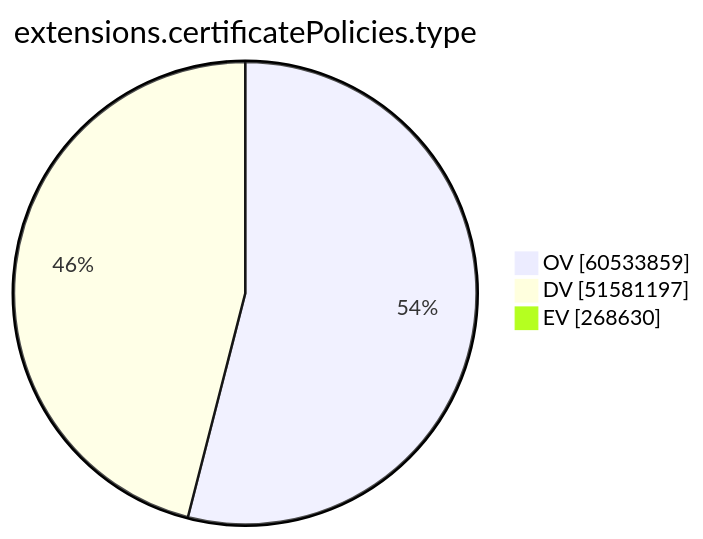
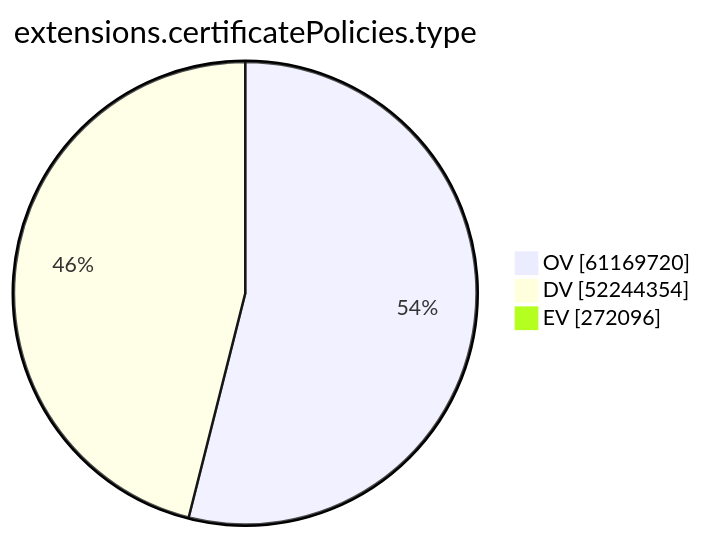
One commit to christiankrug/ctmonitor_visualization changed the ninth of 15 diagrams in xenon2023/README.md. Above: the diagram before and after it, drawn with Mermaid. The commit also changed other lines of this file, not shown here.

````diff
--- a/xenon2023/README.md
+++ b/xenon2023/README.md
@@ -2143,7 +2151,7 @@
 ```mermaid
 pie showData
 title extensions.certificatePolicies.type
-"OV" :60533859
-"DV" :51581197
-"EV" :268630
+"OV" :61169720
+"DV" :52244354
+"EV" :272096
 ```
````
